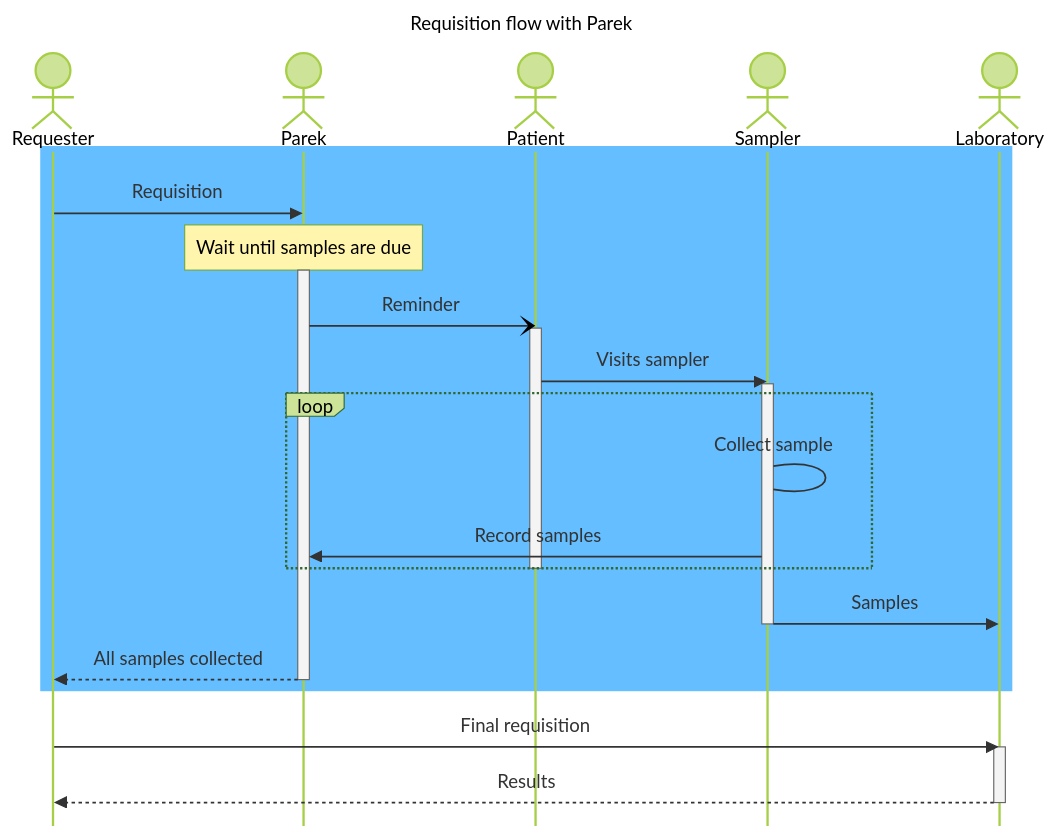
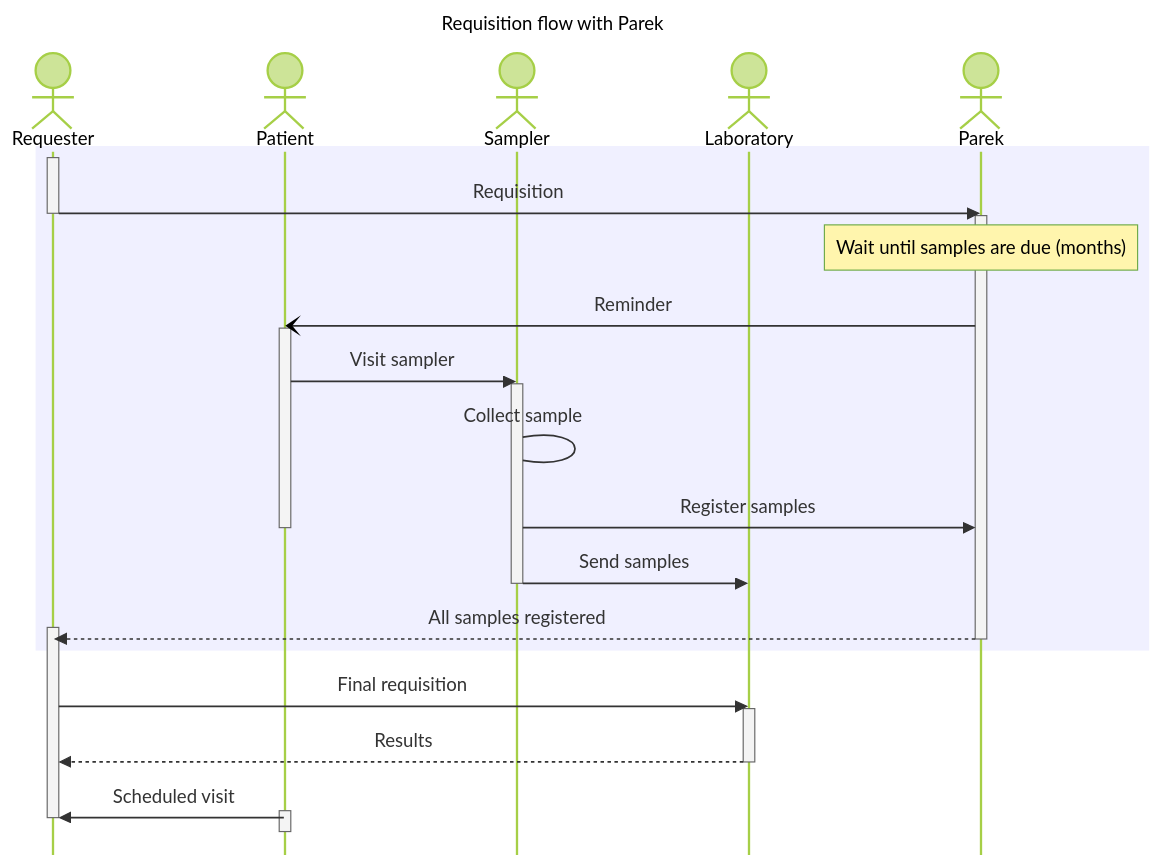
Before and after one commit to HL7Norway/PasientensRekvisisjoner-Parek: the second of 3 diagrams in ParekIG/input/pagecontent/index.md, drawn with Mermaid (forest theme). The commit also changed other lines of this file and 2 other files, not shown here.

Commit message:
Remove "loop" from mermaid

````diff
--- a/ParekIG/input/pagecontent/index.md
+++ b/ParekIG/input/pagecontent/index.md
@@ -48,40 +48,45 @@
 ```mermaid
 ---
 title: Requisition flow with Parek
 ---
 %%{init: {
     'sequence': {
         'mirrorActors':false
         }
     }
 }%%
 sequenceDiagram
     actor Requester
-    actor Parek
     actor Patient
     actor Sampler
     actor Laboratory
+    actor Parek
 
-    rect rgb(100, 190, 255)
+    rect rgb(240, 240, 255)
+        activate Requester 
         Requester->>Parek: Requisition
-        Note over Parek: Wait until samples are due
+        deactivate Requester
         activate Parek
+        Note over Parek: Wait until samples are due (months)
         Parek-)Patient: Reminder
         activate Patient
-        Patient->>Sampler: Visits sampler
+        Patient->>Sampler: Visit sampler
         activate Sampler
-        loop
             Sampler->Sampler: Collect sample
-            Sampler->>Parek: Record samples
-        end
+            Sampler->>Parek: Register samples
         deactivate Patient
-        Sampler->>Laboratory: Samples
+        Sampler->>Laboratory: Send samples
         deactivate Sampler
-        Parek-->>Requester: All samples collected
+        Parek-->>Requester: All samples registered
+        activate Requester
         deactivate Parek
     end
     Requester->>Laboratory: Final requisition
     activate Laboratory
     Laboratory-->>Requester: Results
     deactivate Laboratory
+    Patient->>Requester: Scheduled visit
+    activate Patient
+    deactivate Patient
+    deactivate Requester
 ```
````
